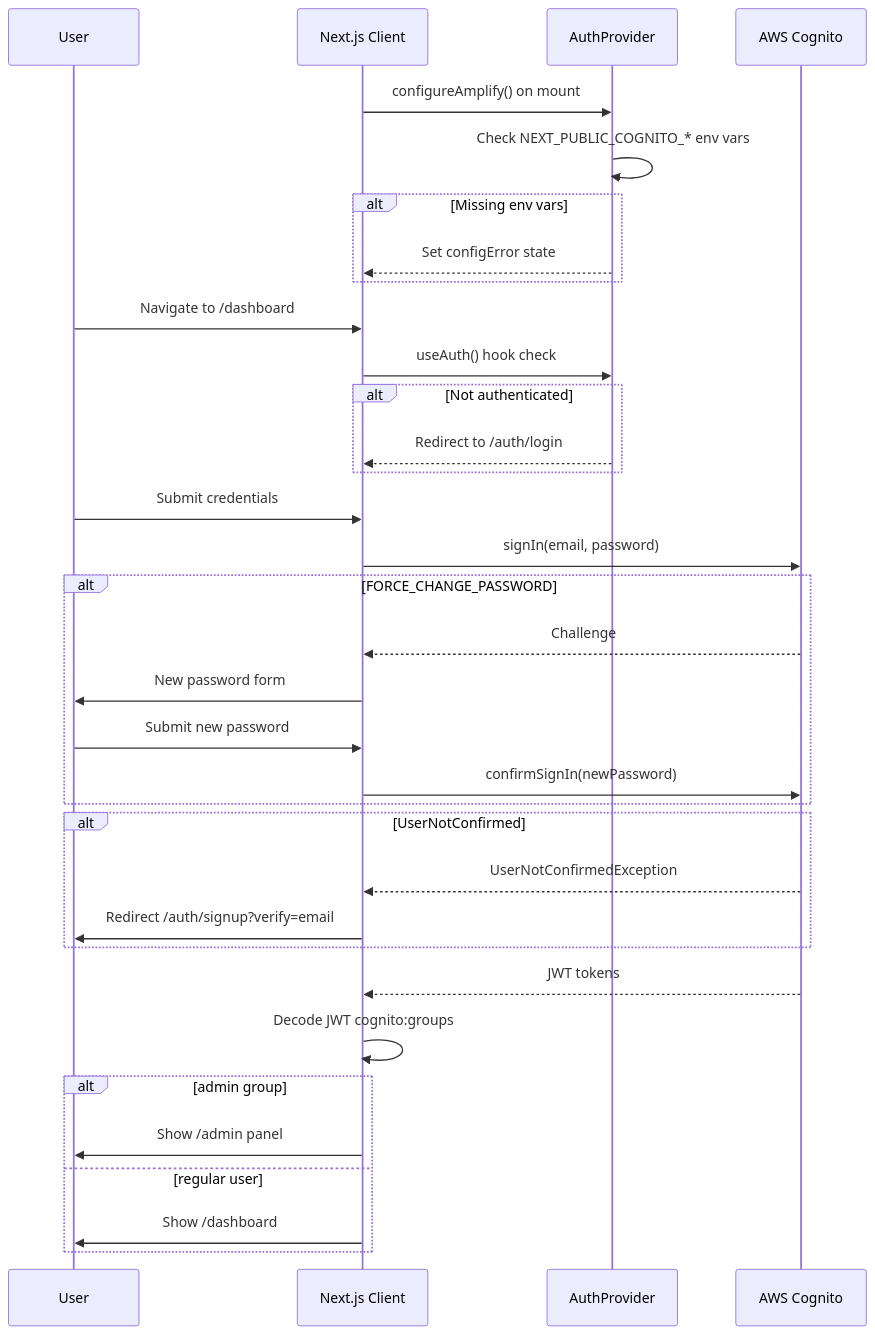
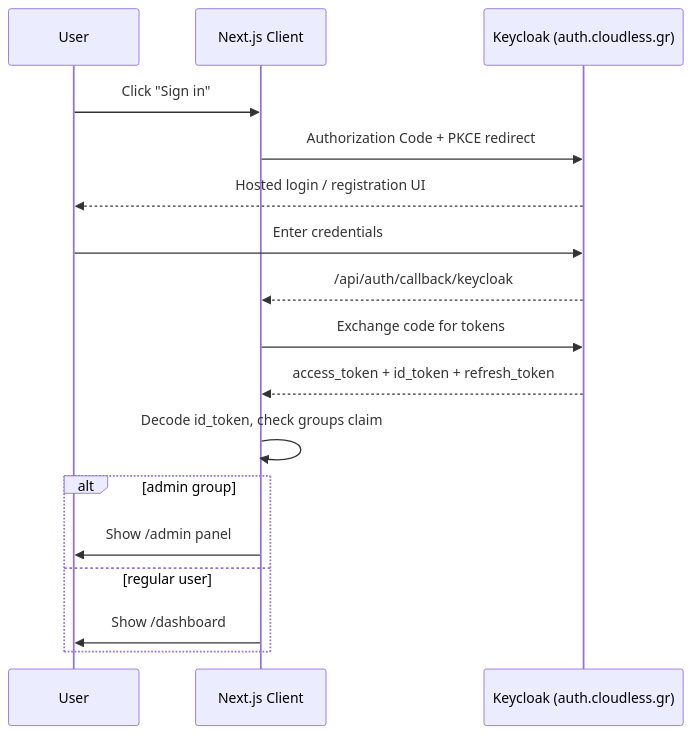
One commit to Themis128/cloudless.gr changed the first of 4 diagrams in AGENTS.md. Above: the diagram before and after it, drawn with Mermaid. The commit also changed other lines of this file, not shown here.

First line of the commit message:
docs: update AGENTS.md for Keycloak + next-auth migration

````diff
--- a/AGENTS.md
+++ b/AGENTS.md
@@ -198,38 +199,20 @@
 ```mermaid
 sequenceDiagram
     participant U as User
     participant App as Next.js Client
-    participant Auth as AuthProvider
-    participant Cognito as AWS Cognito
+    participant KC as Keycloak (auth.cloudless.gr)
 
-    App->>Auth: configureAmplify() on mount
-    Auth->>Auth: Check NEXT_PUBLIC_COGNITO_* env vars
-    alt Missing env vars
-        Auth-->>App: Set configError state
-    end
-
-    U->>App: Navigate to /dashboard
-    App->>Auth: useAuth() hook check
-    alt Not authenticated
-        Auth-->>App: Redirect to /auth/login
-    end
-
-    U->>App: Submit credentials
-    App->>Cognito: signIn(email, password)
-    alt FORCE_CHANGE_PASSWORD
-        Cognito-->>App: Challenge
-        App->>U: New password form
-        U->>App: Submit new password
-        App->>Cognito: confirmSignIn(newPassword)
-    end    alt UserNotConfirmed
-        Cognito-->>App: UserNotConfirmedException
-        App->>U: Redirect /auth/signup?verify=email
-    end
-    Cognito-->>App: JWT tokens
-    App->>App: Decode JWT cognito:groups
+    U->>App: Click "Sign in"
+    App->>KC: Authorization Code + PKCE redirect
+    KC-->>U: Hosted login / registration UI
+    U->>KC: Enter credentials
+    KC-->>App: /api/auth/callback/keycloak
+    App->>KC: Exchange code for tokens
+    KC-->>App: access_token + id_token + refresh_token
+    App->>App: Decode id_token, check groups claim
     alt admin group
         App->>U: Show /admin panel
     else regular user
         App->>U: Show /dashboard
     end
 ```
````
